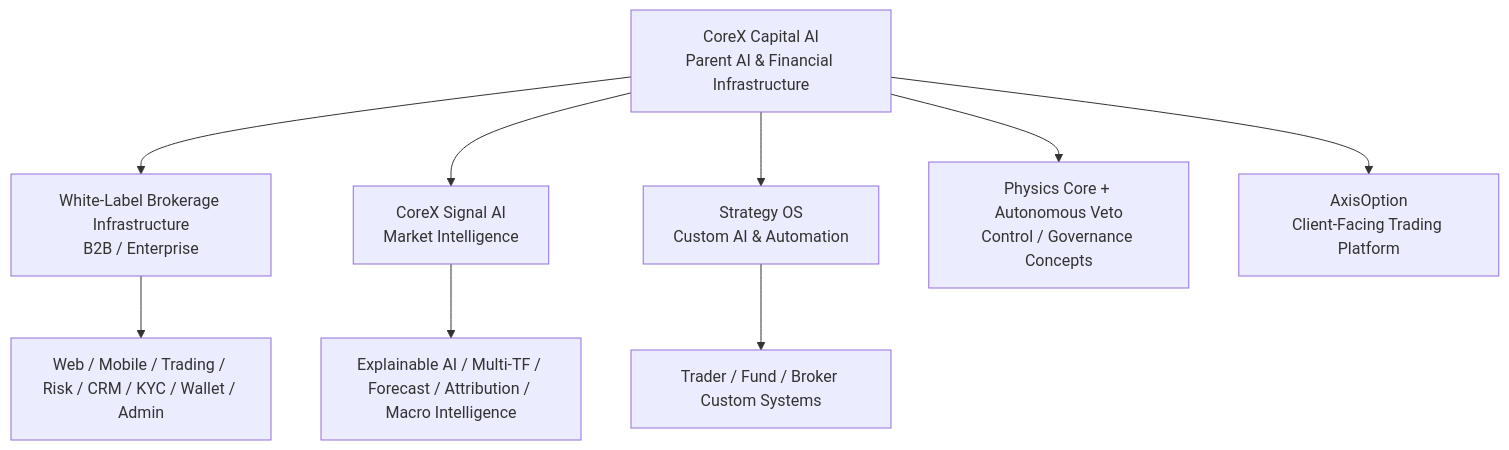
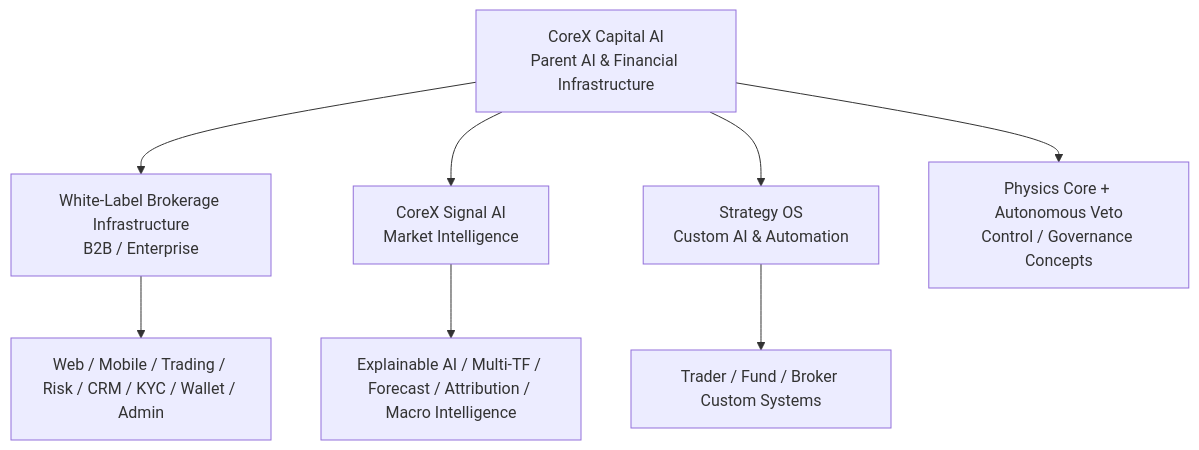
The first of 5 diagrams in docs/ARCHITECTURE.md (corexcapitalai/CoreX-Capital-AI), drawn with Mermaid before and after one commit. The commit also changed other lines of this file, not shown here.

Commit message:
Remove AxisOption references from CoreX public portal

````diff
--- a/docs/ARCHITECTURE.md
+++ b/docs/ARCHITECTURE.md
@@ -7,14 +7,13 @@
 ```mermaid
 flowchart TB
   C[CoreX Capital AI\nParent AI & Financial Infrastructure]
 
   C --> WL[White-Label Brokerage Infrastructure\nB2B / Enterprise]
   C --> S[CoreX Signal AI\nMarket Intelligence]
   C --> ST[Strategy OS\nCustom AI & Automation]
   C --> G[Physics Core + Autonomous Veto\nControl / Governance Concepts]
-  C --> AX[AxisOption\nClient-Facing Trading Platform]
 
   WL --> WLC[Web / Mobile / Trading / Risk / CRM / KYC / Wallet / Admin]
   S --> SC[Explainable AI / Multi-TF / Forecast / Attribution / Macro Intelligence]
   ST --> STC[Trader / Fund / Broker Custom Systems]
 ```
````
